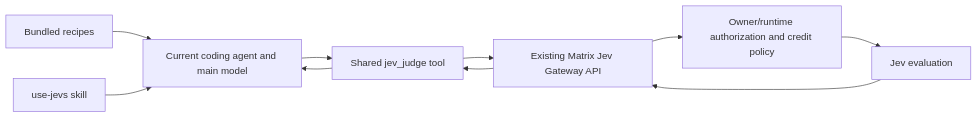
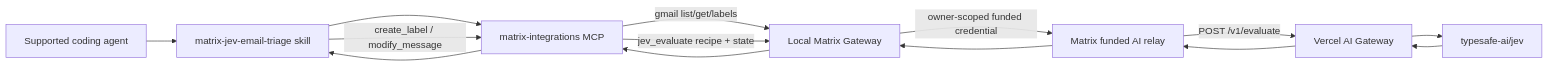
One commit to HamedMP/matrix-os changed the diagram in specs/526-jev-byok/design.zh-en.md. Above: the diagram before and after it, drawn with Mermaid. The commit also changed other lines of this file and 4 other files, not shown here.

First line of the commit message:
docs(agents): specify Jev email triage

````diff
--- a/specs/526-jev-byok/design.zh-en.md
+++ b/specs/526-jev-byok/design.zh-en.md
@@ -13,10 +19,12 @@
 ```mermaid
 flowchart LR
-  R[Bundled recipes] --> A[Current coding agent and main model]
-  S[use-jevs skill] --> A
-  A --> T[Shared jev_judge tool]
-  T --> G[Existing Matrix Jev Gateway API]
-  G --> P[Owner/runtime authorization and credit policy]
-  P --> J[Jev evaluation]
-  J --> G --> T --> A
+  A[Supported coding agent] --> S[matrix-jev-email-triage skill]
+  S --> M[matrix-integrations MCP]
+  M -->|gmail list/get/labels| G[Local Matrix Gateway]
+  M -->|jev_evaluate recipe + state| G
+  G -->|owner-scoped funded credential| R[Matrix funded AI relay]
+  R -->|POST /v1/evaluate| V[Vercel AI Gateway]
+  V --> J[typesafe-ai/jev]
+  J --> V --> R --> G --> M --> S
+  S -->|create_label / modify_message| M
 ```
````
